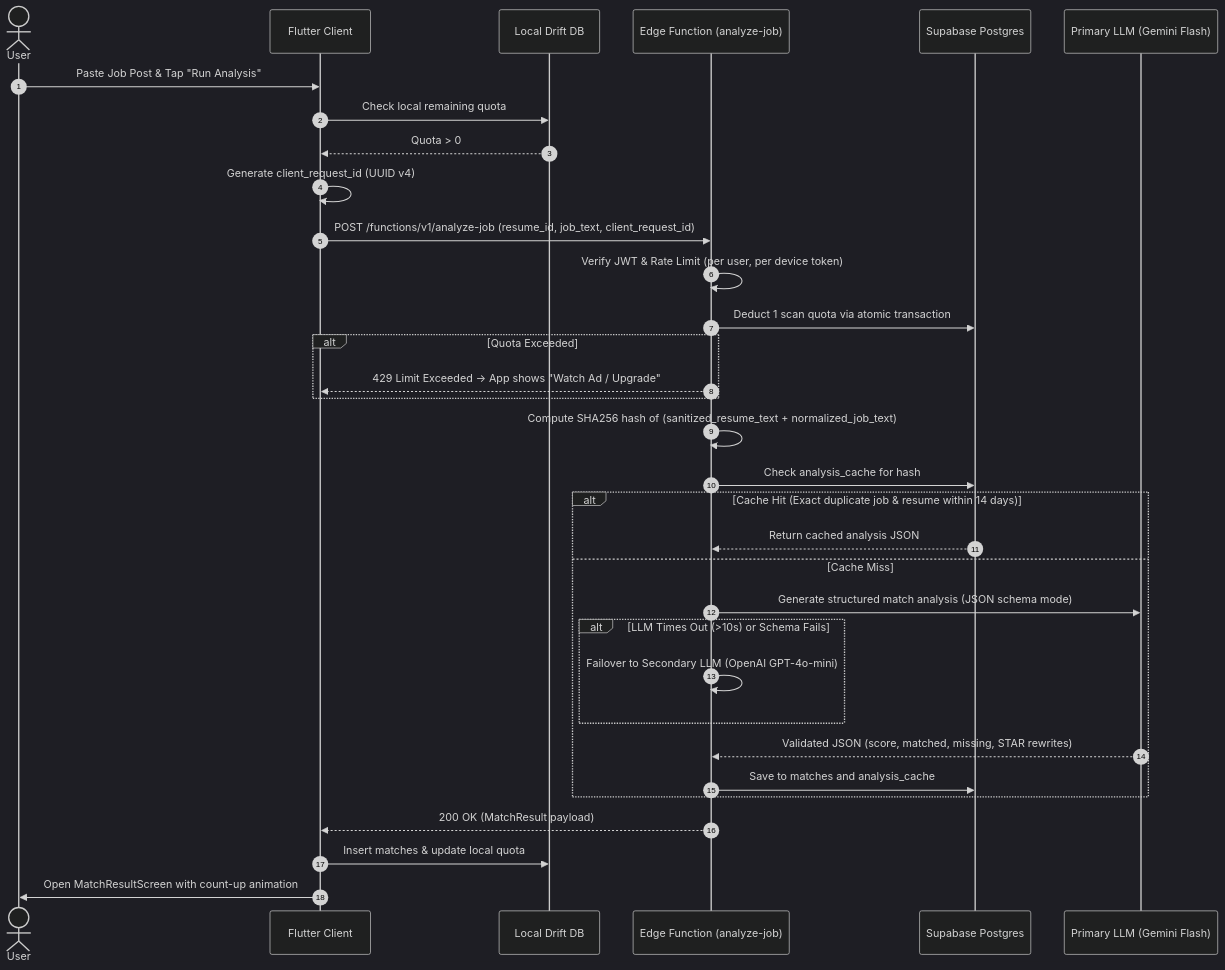
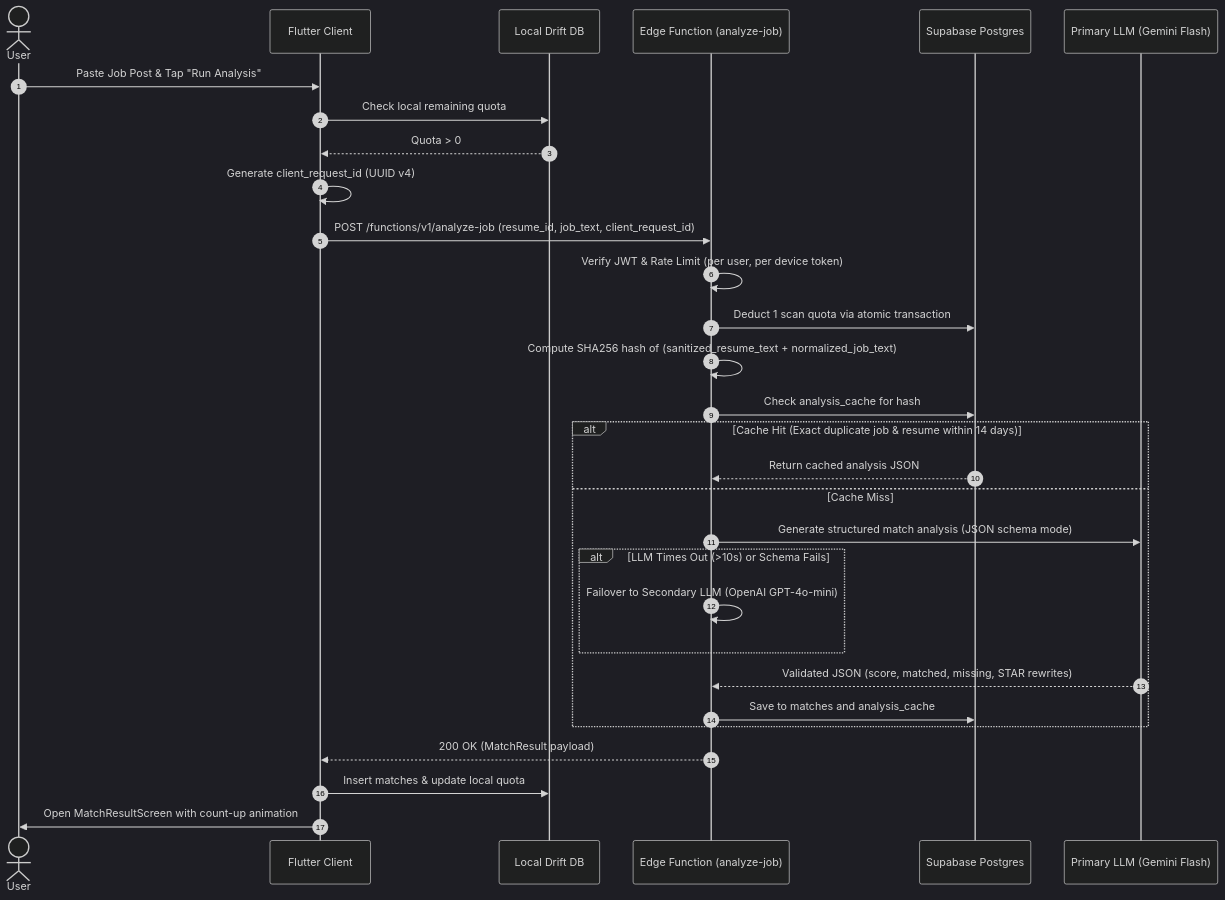
One commit to QuantumTan/rolevia changed the fifth of 14 diagrams in docs/BACKEND_PLAN.md. Above: the diagram before and after it, drawn with Mermaid (dark theme). The commit also changed other lines of this file and 16 other files, not shown here.

````diff
--- a/docs/BACKEND_PLAN.md
+++ b/docs/BACKEND_PLAN.md
@@ -219,36 +234,33 @@
 ```mermaid
 sequenceDiagram
     autonumber
     actor User
     participant App as Flutter Client
     participant Drift as Local Drift DB
     participant Edge as Edge Function (analyze-job)
     participant S_DB as Supabase Postgres
     participant LLM as Primary LLM (Gemini Flash)
 
     User->>App: Paste Job Post & Tap "Run Analysis"
     App->>Drift: Check local remaining quota
     Drift-->>App: Quota > 0
     App->>App: Generate client_request_id (UUID v4)
     App->>Edge: POST /functions/v1/analyze-job (resume_id, job_text, client_request_id)
     Edge->>Edge: Verify JWT & Rate Limit (per user, per device token)
     Edge->>S_DB: Deduct 1 scan quota via atomic transaction
-    alt Quota Exceeded
-        Edge-->>App: 429 Limit Exceeded -> App shows "Watch Ad / Upgrade"
-    end
     Edge->>Edge: Compute SHA256 hash of (sanitized_resume_text + normalized_job_text)
     Edge->>S_DB: Check analysis_cache for hash
     alt Cache Hit (Exact duplicate job & resume within 14 days)
         S_DB-->>Edge: Return cached analysis JSON
     else Cache Miss
         Edge->>LLM: Generate structured match analysis (JSON schema mode)
         alt LLM Times Out (>10s) or Schema Fails
             Edge->>Edge: Failover to Secondary LLM (OpenAI GPT-4o-mini)
         end
         LLM-->>Edge: Validated JSON (score, matched, missing, STAR rewrites)
         Edge->>S_DB: Save to matches and analysis_cache
     end
     Edge-->>App: 200 OK (MatchResult payload)
     App->>Drift: Insert matches & update local quota
     App->>User: Open MatchResultScreen with count-up animation
 ```
````
